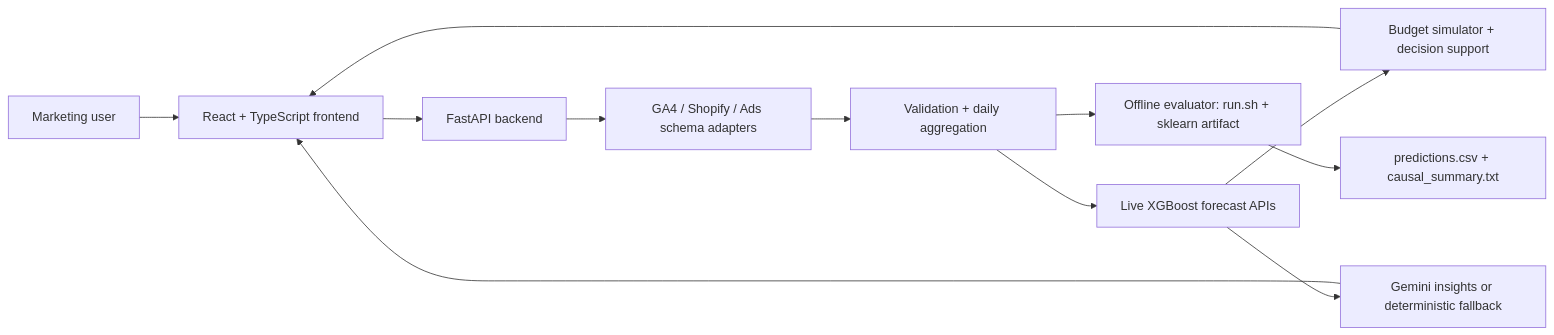
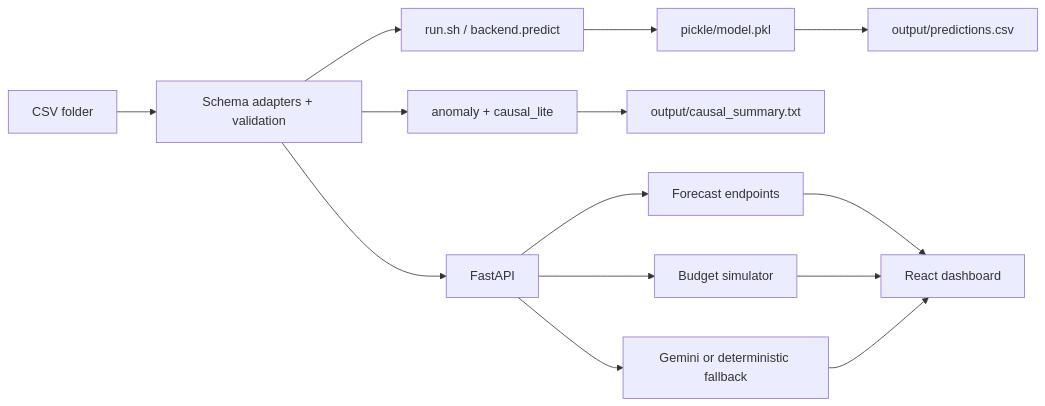
The diagram in TECHNICAL.md (VINAY-KUMAR-PY/ignite-forecast-iq), drawn with Mermaid before and after one commit. The commit also changed other lines of this file and 1 other file, not shown here.

````diff
--- a/TECHNICAL.md
+++ b/TECHNICAL.md
@@ -818,14 +235,17 @@
 ```mermaid
 flowchart LR
-  User["Marketing user"] --> UI["React + TypeScript frontend"]
-  UI --> API["FastAPI backend"]
-  API --> Adapters["GA4 / Shopify / Ads schema adapters"]
-  Adapters --> Validation["Validation + daily aggregation"]
-  Validation --> LiveForecast["Live XGBoost forecast APIs"]
-  Validation --> Offline["Offline evaluator: run.sh + sklearn artifact"]
-  LiveForecast --> Simulator["Budget simulator + decision support"]
-  LiveForecast --> Gemini["Gemini insights or deterministic fallback"]
-  Offline --> CSV["predictions.csv + causal_summary.txt"]
+  CSV["CSV folder"] --> Adapter["Schema adapters + validation"]
+  Adapter --> Evaluator["run.sh / backend.predict"]
+  Evaluator --> Model["pickle/model.pkl"]
+  Model --> Predictions["output/predictions.csv"]
+  Adapter --> Causal["anomaly + causal_lite"]
+  Causal --> Summary["output/causal_summary.txt"]
+
+  Adapter --> API["FastAPI"]
+  API --> Forecast["Forecast endpoints"]
+  API --> Simulator["Budget simulator"]
+  API --> Gemini["Gemini or deterministic fallback"]
+  Forecast --> UI["React dashboard"]
   Simulator --> UI
   Gemini --> UI
 ```
````
